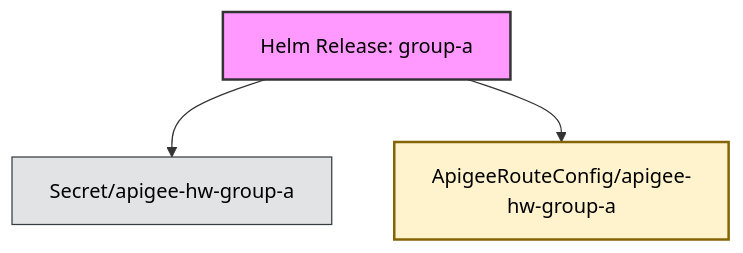
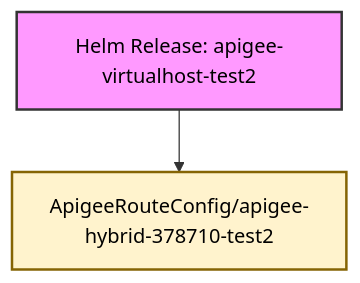
Before and after one commit to anaik91/apigee-hybrid-relationship-builder: the diagram in generated/apigee-virtualhost-1.15.0-shallow-all.md, drawn with Mermaid. The commit also changed other lines of this file and 60 other files, not shown here.

````diff
--- a/generated/apigee-virtualhost-1.15.0-shallow-all.md
+++ b/generated/apigee-virtualhost-1.15.0-shallow-all.md
@@ -11,23 +11,20 @@
 ```mermaid
 graph TD;
     classDef helm fill:#f9f,stroke:#333,stroke-width:2px,color:#000
     classDef workload fill:#cce5ff,stroke:#004085,stroke-width:1px,color:#000
     classDef network fill:#d4edda,stroke:#155724,stroke-width:1px,color:#000
     classDef config fill:#e2e3e5,stroke:#383d41,stroke-width:1px,color:#000
     classDef rbac fill:#f8d7da,stroke:#721c24,stroke-width:1px,color:#000
     classDef apigee_crd fill:#fff3cd,stroke:#856404,stroke-width:2px,color:#000
     classDef cert_manager_crd fill:#d1ecf1,stroke:#0c5460,stroke-width:2px,color:#000
     classDef webhook fill:#ddd,stroke:#333,stroke-width:2px,color:#000
     classDef default fill:#fff,stroke:#333,stroke-width:1px,color:#000
 
-    HelmReleasegroupa["Helm Release: group-a"]
-    Secretapigeehwgroupa["Secret/apigee-hw-group-a"]
-    ApigeeRouteConfigapigeehwgroupa["ApigeeRouteConfig/apigee-hw-group-a"]
+    HelmReleaseapigeevirtualhosttest2["Helm Release: apigee-virtualhost-test2"]
+    ApigeeRouteConfigapigeehybrid378710test2["ApigeeRouteConfig/apigee-hybrid-378710-test2"]
 
-    class HelmReleasegroupa helm;
-    class Secretapigeehwgroupa config;
-    class ApigeeRouteConfigapigeehwgroupa apigee_crd;
+    class HelmReleaseapigeevirtualhosttest2 helm;
+    class ApigeeRouteConfigapigeehybrid378710test2 apigee_crd;
 
-    HelmReleasegroupa --> Secretapigeehwgroupa
-    HelmReleasegroupa --> ApigeeRouteConfigapigeehwgroupa
+    HelmReleaseapigeevirtualhosttest2 --> ApigeeRouteConfigapigeehybrid378710test2
 ```
````
